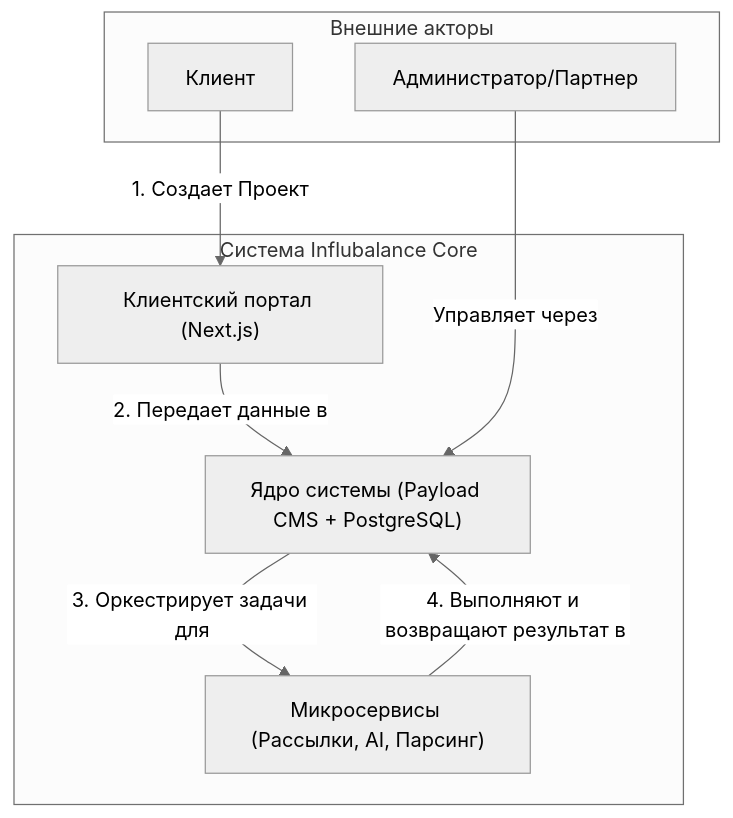
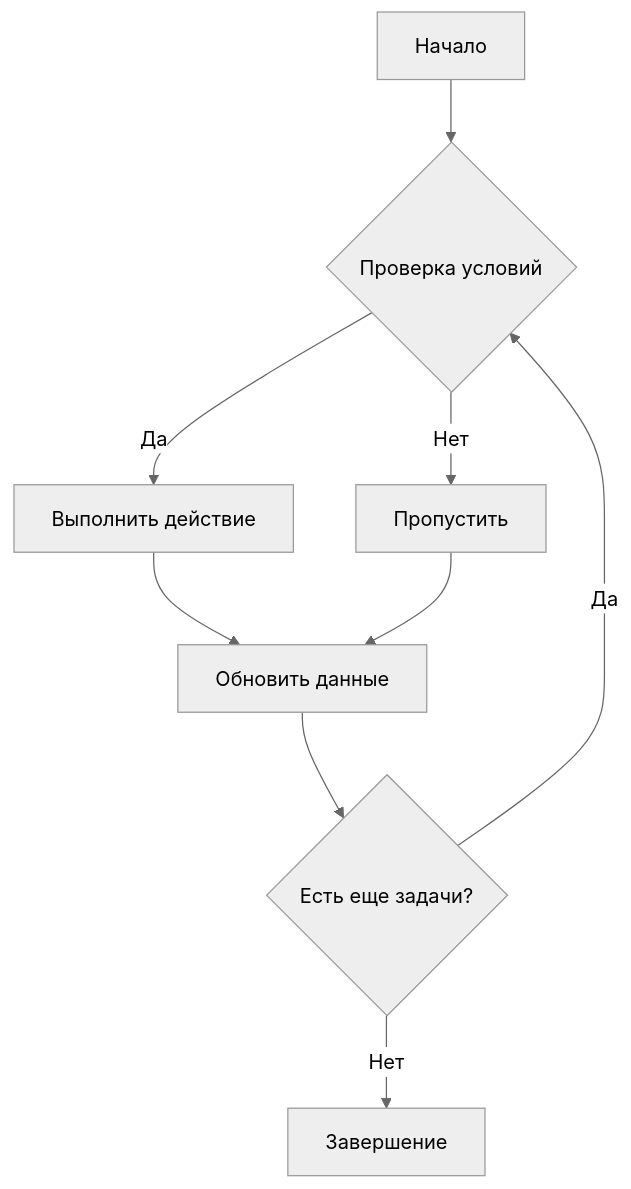
Before and after one commit to GTFB/probo: the first of 5 diagrams in content/1.mdx, drawn with Mermaid (neutral theme). The commit also changed other lines of this file and 30 other files, not shown here.

First line of the commit message:
Fix Mermaid diagrams rendering and styling issues

````diff
--- a/content/1.mdx
+++ b/content/1.mdx
@@ -39,24 +202,17 @@
 ```mermaid
 %% zoom: true
 %% height: 60vh
 %% zoom-min: 0.5
 %% zoom-max: 3
 %% zoom-initial: 0.8
-%% tooltip: Эта диаграмма показывает архитектуру системы Influbalance
-%% disable-tooltip: false
-graph TD
-    subgraph "Внешние акторы"
-        Client["Клиент"]
-        Admin["Администратор/Партнер"]
-    end
-    subgraph "Система Influbalance Core"
-        WebApp["Клиентский портал (Next.js)"]
-        Core["Ядро системы (Payload CMS + PostgreSQL)"]
-        Services["Микросервисы (Рассылки, AI, Парсинг)"]
-    end
-    Client -- "1. Создает Проект" --> WebApp
-    WebApp -- "2. Передает данные в" --> Core
-    Admin -- "Управляет через" --> Core
-    Core -- "3. Оркестрирует задачи для" --> Services
-    Services -- "4. Выполняют и возвращают результат в" --> Core
+%% tooltip: Эта диаграмма показывает архитектуру системы Probo
+flowchart TD
+    A[Начало] --> B{Проверка условий}
+    B -->|Да| C[Выполнить действие]
+    B -->|Нет| D[Пропустить]
+    C --> E[Обновить данные]
+    D --> E
+    E --> F{Есть еще задачи?}
+    F -->|Да| B
+    F -->|Нет| G[Завершение]
 ```
````
